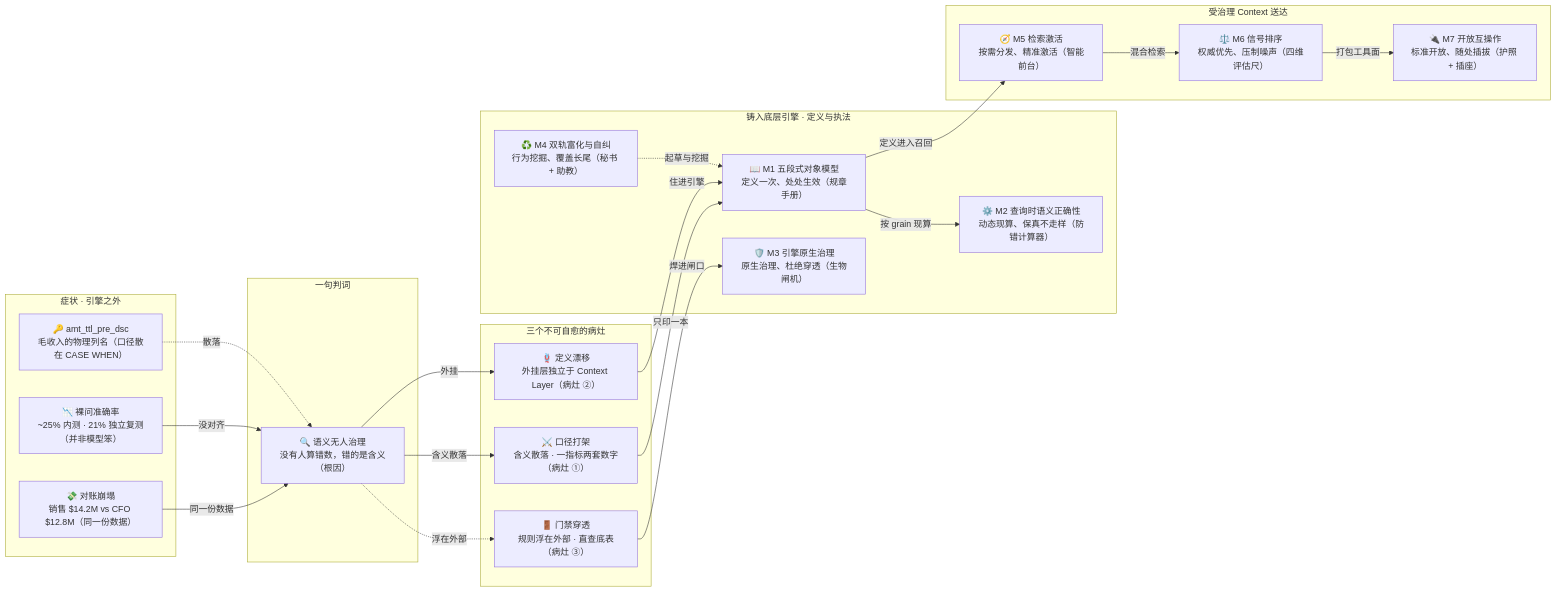
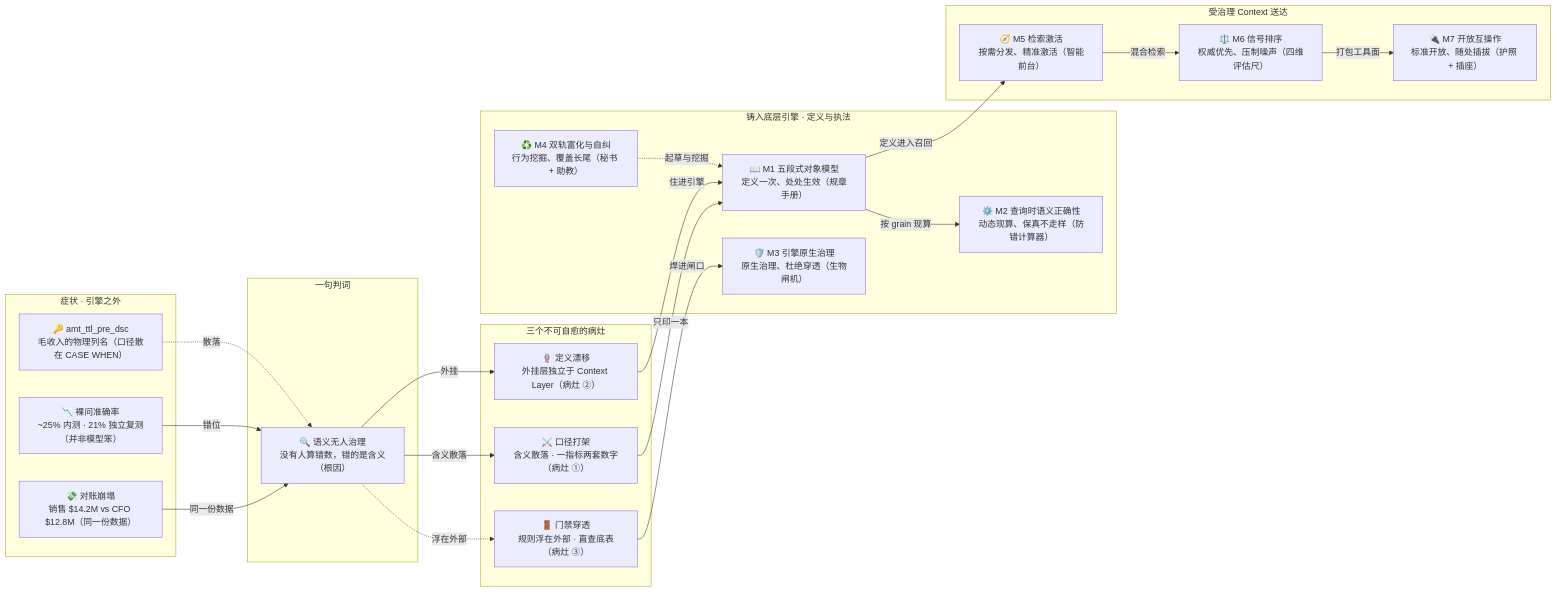
One commit to ThreeFish-AI/negentropy changed the diagram in docs/assets/mermaid/cognitive-context/horizon-context--problem-to-mechanisms.mmd. Above: the diagram before and after it, drawn with Mermaid. The commit also changed 3 other files, not shown here.

First line of the commit message:
fix(horizon-context): §1 病因链图箭头矫正与汇入/分出竖线对齐;

```diff
--- a/docs/assets/mermaid/cognitive-context/horizon-context--problem-to-mechanisms.mmd
+++ b/docs/assets/mermaid/cognitive-context/horizon-context--problem-to-mechanisms.mmd
@@ -1,44 +1,44 @@
 %%source: docs/research/cognitive-context/011-horizon-context.md#block1 (L31-L74, §1 Horizon Context 解决了什么问题？)
 %%slug: cognitive-context/horizon-context--problem-to-mechanisms
 %%type: dataflow
 %%derived: archify dataflow v1, authored from source mermaid
 %% fix: (2026-09-17 新绘) §1 原文无 mermaid 块，本图为新创作（非原文抽取），mmd 为出货图逐字镜像。取证外延（§1 之外的行号）：L138（M1+M2 成形封堵口径打架与跨粒度扇形陷阱）· L144（治理规则从表级下沉至语义层）· L207（语义视图即元数据，与数据同库同治理）· L591/L593/L594（§12 批判性边界，由结论卡承载不入图面）· L600（§13.1 外挂层对账两套系统→漂移）。对位口径：口径打架↔M1、门禁穿透↔M3 为词面对位（L57↔L67、L59↔L69 同词反义），非原文因果句；定义漂移无专属机制条目，由 L63「铸入底层引擎」兑现；图省略 M2 与 M4–M7 同三病灶的一切连线（全文零出处）。机制簇内部边镜像 §2.1 组件全景图：AP/CS→SV（M4→M1）· SV→QE（M1→M2）· SV→US（M1→M5）· US→RK（M5→M6）· RK→MCP（M6→M7）
 flowchart LR
     subgraph "症状 · 引擎之外"
         S1["💸 对账崩塌<br/>销售 $14.2M vs CFO $12.8M（同一份数据）"]
         S2["📉 裸问准确率<br/>~25% 内测 · 21% 独立复测（并非模型笨）"]
         S3["🔑 amt_ttl_pre_dsc<br/>毛收入的物理列名（口径散在 CASE WHEN）"]
     end
     subgraph "一句判词"
         RC["🔍 语义无人治理<br/>没有人算错数，错的是含义（根因）"]
     end
     subgraph "三个不可自愈的病灶"
         P1["⚔️ 口径打架<br/>含义散落 · 一指标两套数字（病灶 ①）"]
         P2["🪢 定义漂移<br/>外挂层独立于 Context Layer（病灶 ②）"]
         P3["🚪 门禁穿透<br/>规则浮在外部 · 直查底表（病灶 ③）"]
     end
     subgraph "铸入底层引擎 · 定义与执法"
         M4["♻️ M4 双轨富化与自纠<br/>行为挖掘、覆盖长尾（秘书 + 助教）"]
         M1["📖 M1 五段式对象模型<br/>定义一次、处处生效（规章手册）"]
         M2["⚙️ M2 查询时语义正确性<br/>动态现算、保真不走样（防错计算器）"]
         M3["🛡️ M3 引擎原生治理<br/>原生治理、杜绝穿透（生物闸机）"]
     end
     subgraph "受治理 Context 送达"
         M5["🧭 M5 检索激活<br/>按需分发、精准激活（智能前台）"]
         M6["⚖️ M6 信号排序<br/>权威优先、压制噪声（四维评估尺）"]
         M7["🔌 M7 开放互操作<br/>标准开放、随处插拔（护照 + 插座）"]
     end
     S1 -->|"同一份数据"| RC
-    S2 -->|"没对齐"| RC
+    S2 -->|"错位"| RC
     S3 -.->|"散落"| RC
     RC -->|"含义散落"| P1
     RC -->|"外挂"| P2
     RC -.->|"浮在外部"| P3
     P1 -->|"只印一本"| M1
     P2 -->|"住进引擎"| M1
     P3 -->|"焊进闸口"| M3
     M4 -.->|"起草与挖掘"| M1
     M1 -->|"按 grain 现算"| M2
     M1 -->|"定义进入召回"| M5
     M5 -->|"混合检索"| M6
     M6 -->|"打包工具面"| M7
```
